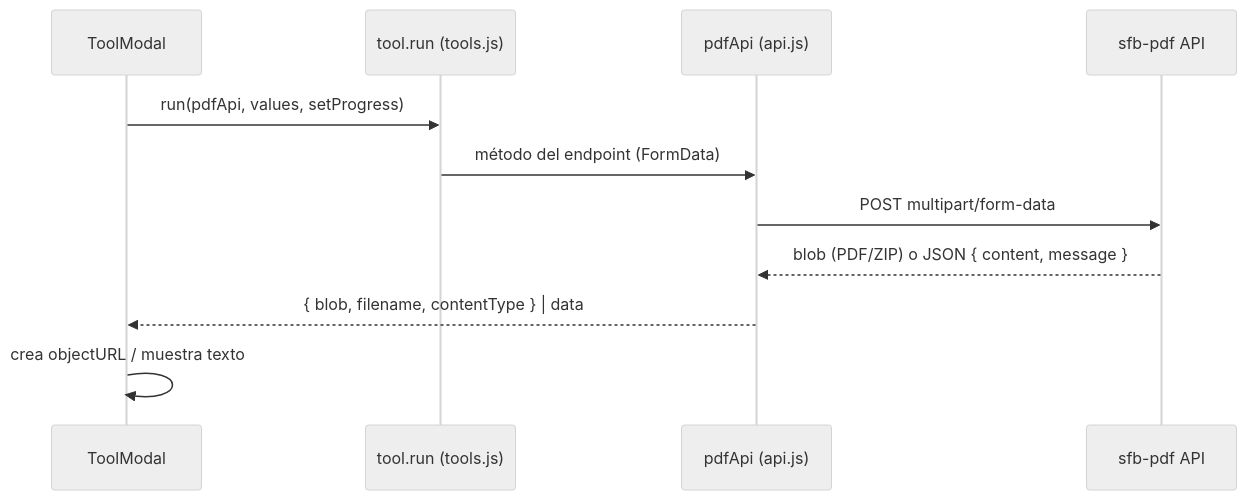
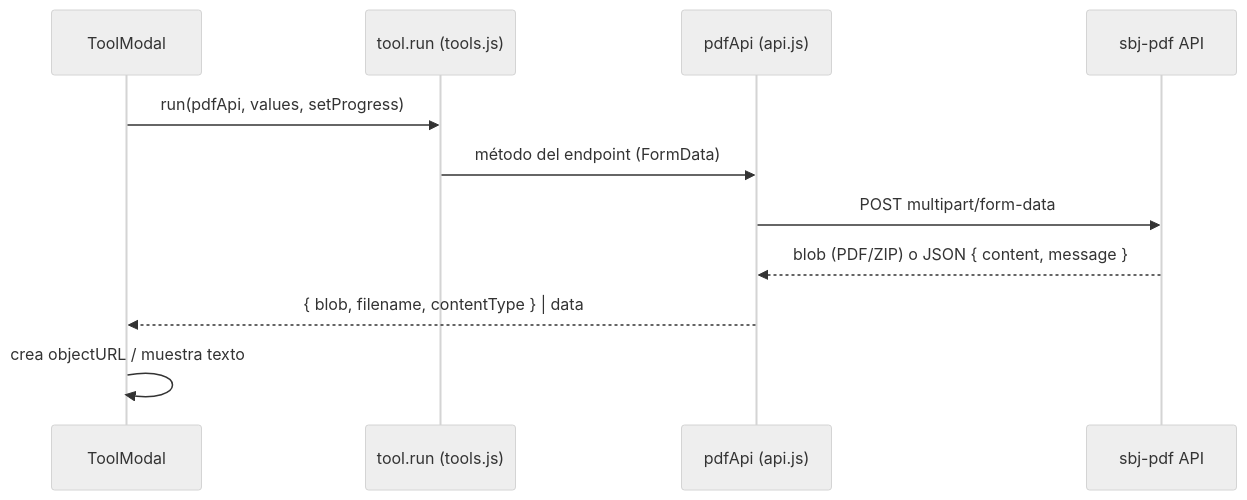
Before and after one commit to programming0026/pdf-converter: the diagram in react-pdf/README.md, drawn with Mermaid (neutral theme). The commit also changed other lines of this file and 32 other files, not shown here.

````diff
--- a/react-pdf/README.md
+++ b/react-pdf/README.md
@@ -91,14 +91,14 @@
 ```mermaid
 sequenceDiagram
     participant M as ToolModal
     participant T as tool.run (tools.js)
     participant A as pdfApi (api.js)
-    participant B as sfb-pdf API
+    participant B as sbj-pdf API
 
     M->>T: run(pdfApi, values, setProgress)
     T->>A: método del endpoint (FormData)
     A->>B: POST multipart/form-data
     B-->>A: blob (PDF/ZIP) o JSON { content, message }
     A-->>M: { blob, filename, contentType } | data
     M->>M: crea objectURL / muestra texto
 ```
````
